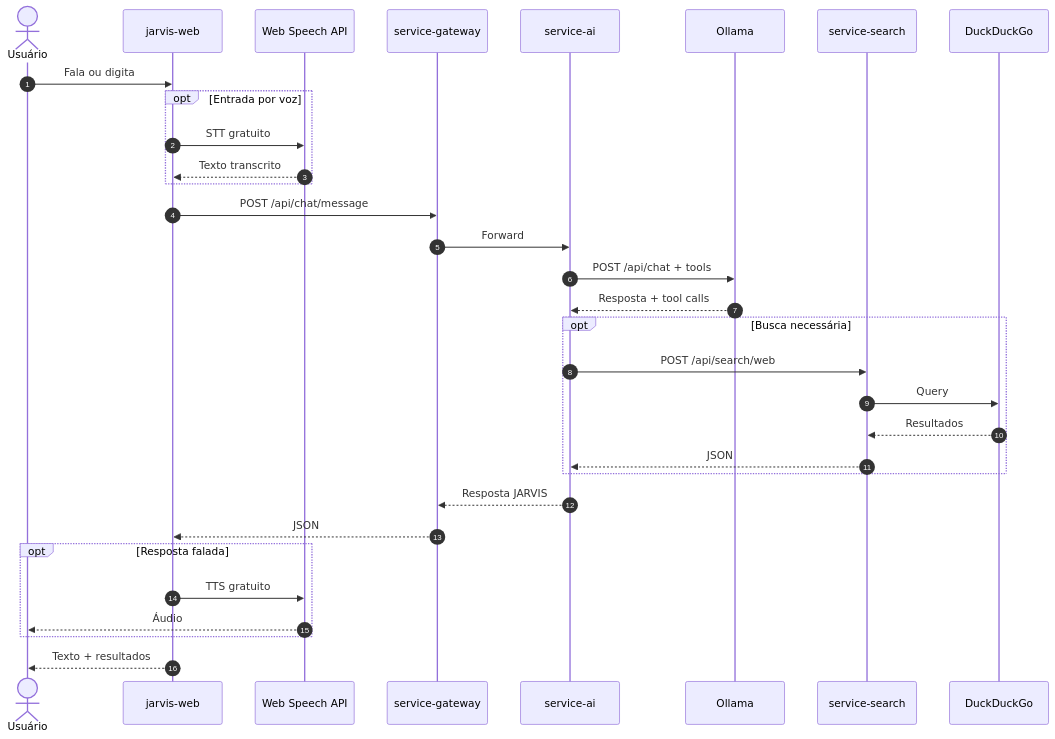
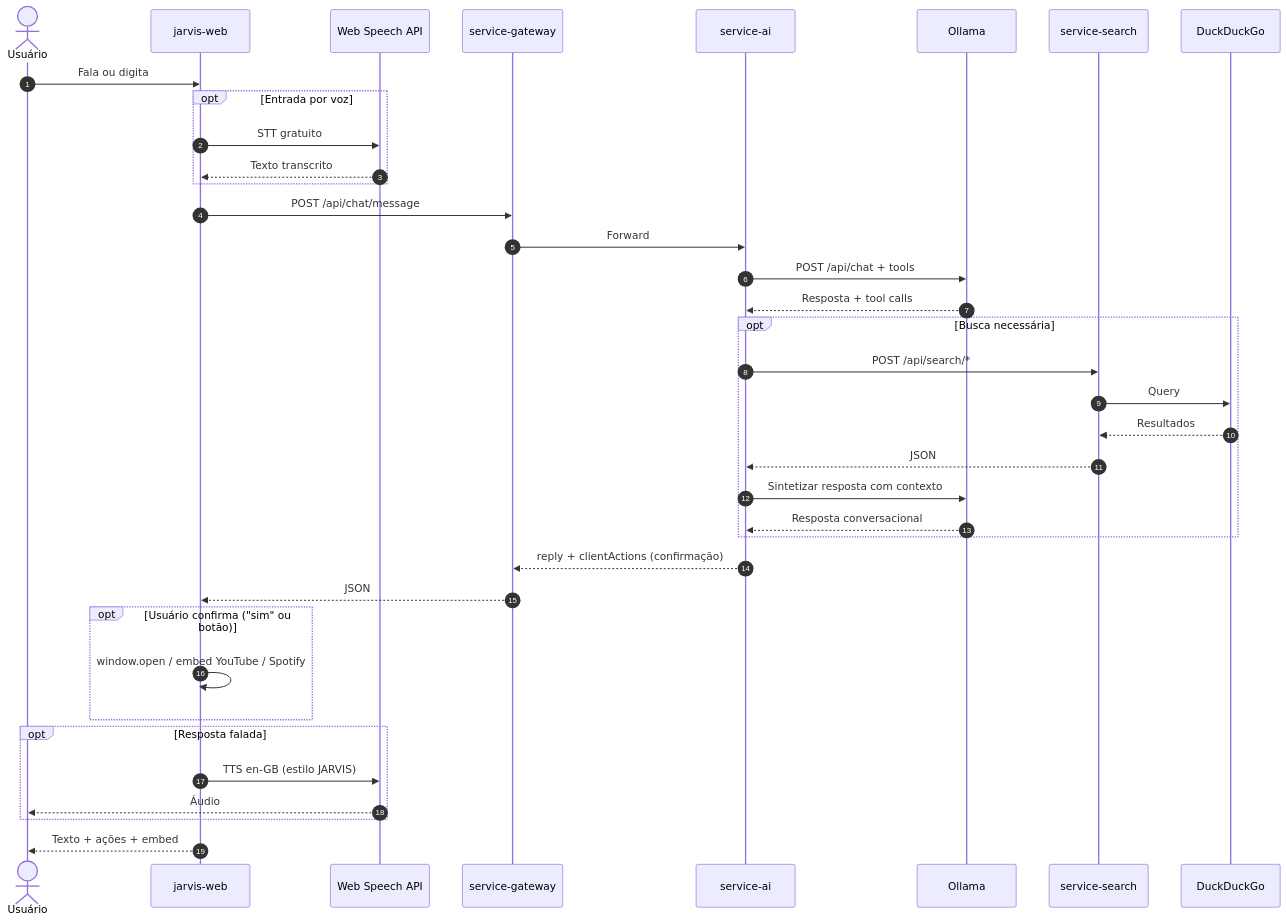
The fifth of 8 diagrams in docs/architecture.md (FranciscoStanley/MyJarvis), drawn with Mermaid before and after one commit. The commit also changed 1 other file, not shown here.

Commit message:
docs(architecture): update chat flow and response synthesis details in architecture and README

````diff
--- a/docs/architecture.md
+++ b/docs/architecture.md
@@ -130,35 +130,40 @@
 ```mermaid
 sequenceDiagram
     autonumber
     actor U as Usuário
     participant W as jarvis-web
     participant B as Web Speech API
     participant G as service-gateway
     participant AI as service-ai
     participant O as Ollama
     participant S as service-search
     participant DDG as DuckDuckGo
 
     U->>W: Fala ou digita
     opt Entrada por voz
         W->>B: STT gratuito
         B-->>W: Texto transcrito
     end
     W->>G: POST /api/chat/message
     G->>AI: Forward
     AI->>O: POST /api/chat + tools
     O-->>AI: Resposta + tool calls
     opt Busca necessária
-        AI->>S: POST /api/search/web
+        AI->>S: POST /api/search/*
         S->>DDG: Query
         DDG-->>S: Resultados
         S-->>AI: JSON
+        AI->>O: Sintetizar resposta com contexto
+        O-->>AI: Resposta conversacional
     end
-    AI-->>G: Resposta JARVIS
+    AI-->>G: reply + clientActions (confirmação)
     G-->>W: JSON
+    opt Usuário confirma ("sim" ou botão)
+        W->>W: window.open / embed YouTube / Spotify
+    end
     opt Resposta falada
-        W->>B: TTS gratuito
+        W->>B: TTS en-GB (estilo JARVIS)
         B-->>U: Áudio
     end
-    W-->>U: Texto + resultados
+    W-->>U: Texto + ações + embed
 ```
````
